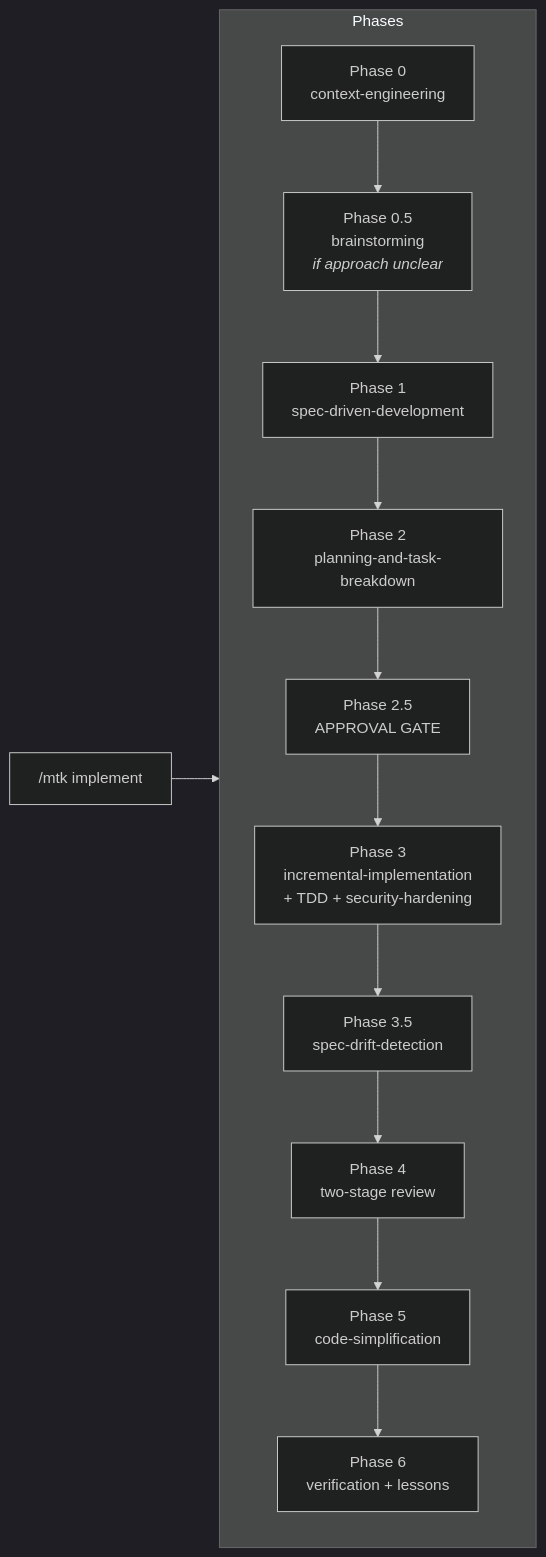
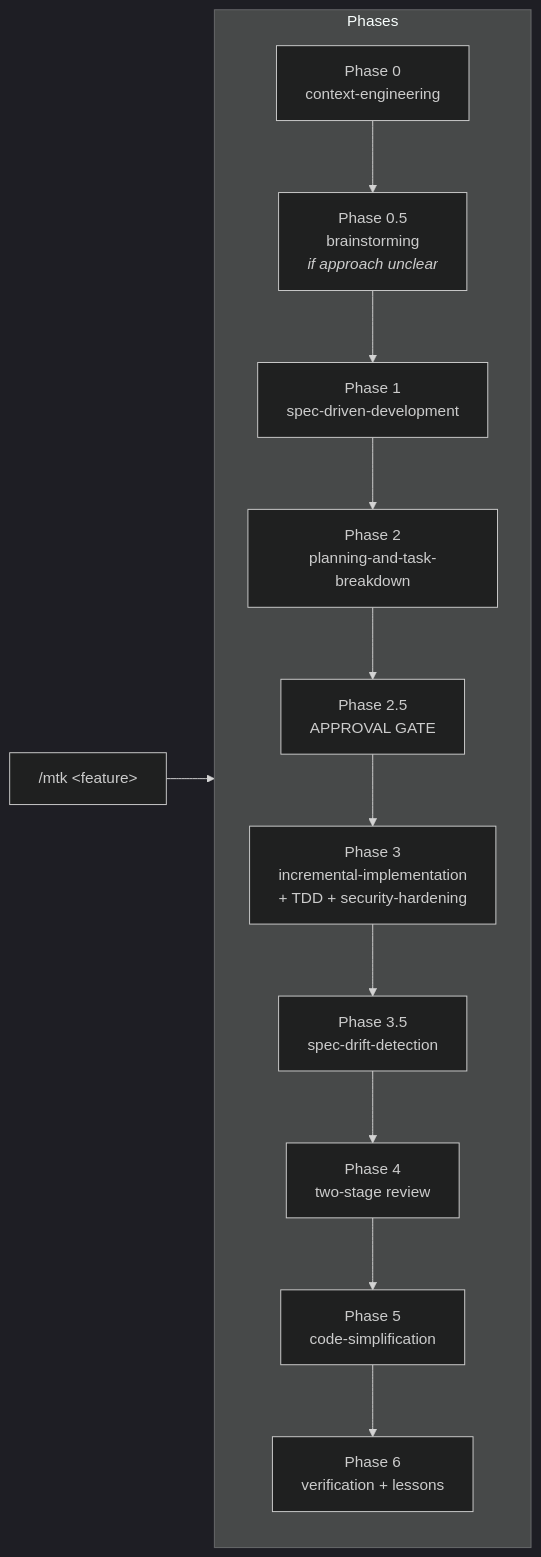
The first of 2 diagrams in README.md (moberghr/mtk-agent-toolkit), drawn with Mermaid (dark theme) before and after one commit. The commit also changed other lines of this file and 29 other files, not shown here.

````diff
--- a/README.md
+++ b/README.md
@@ -299,18 +299,18 @@
 ```mermaid
 graph LR
-    CMD["/mtk implement"] --> P0
+    CMD["/mtk &lt;feature&gt;"] --> P0
 
     subgraph Phases
         direction TB
         P0["Phase 0<br/>context-engineering"] --> P0b
         P0b["Phase 0.5<br/>brainstorming<br/><i>if approach unclear</i>"] --> P1
         P1["Phase 1<br/>spec-driven-development"] --> P2
         P2["Phase 2<br/>planning-and-task-breakdown"] --> GATE
         GATE["Phase 2.5<br/>APPROVAL GATE"] --> P3
         P3["Phase 3<br/>incremental-implementation<br/>+ TDD + security-hardening"] --> DRIFT
         DRIFT["Phase 3.5<br/>spec-drift-detection"] --> P4
         P4["Phase 4<br/>two-stage review"] --> P5
         P5["Phase 5<br/>code-simplification"] --> P6
         P6["Phase 6<br/>verification + lessons"]
     end
 ```
````
